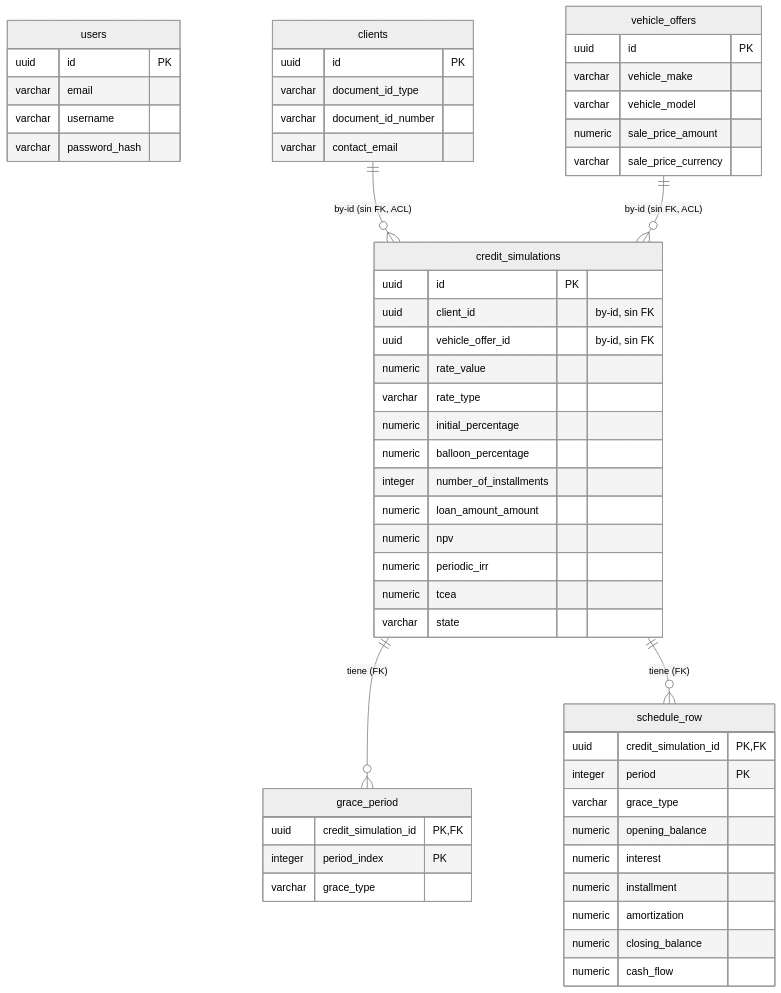
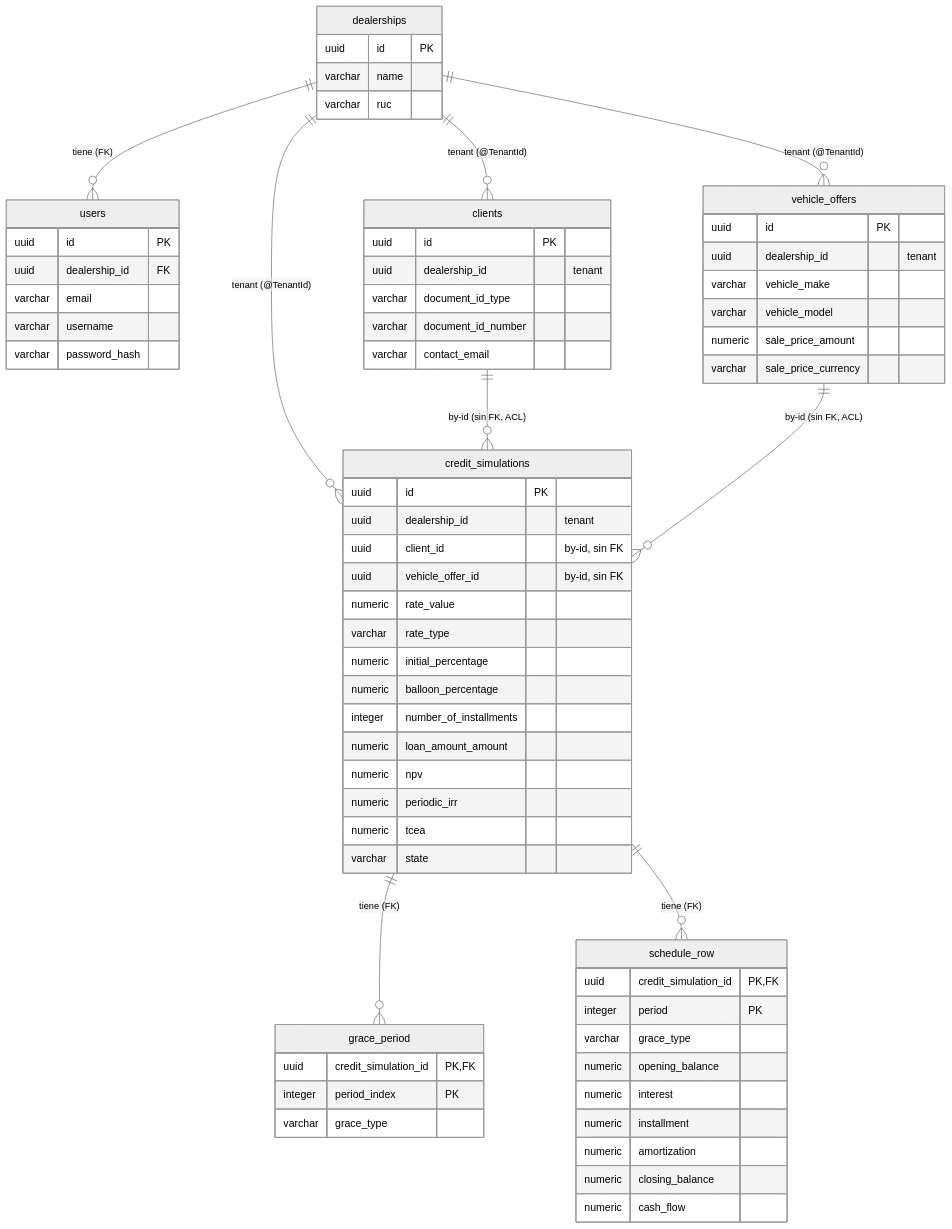
The diagram in docs/architecture/database-model.md (autofinancelabs/autofinance-api), drawn with Mermaid (neutral theme) before and after one commit. The commit also changed other lines of this file and 15 other files, not shown here.

Commit message:
docs: pivot actor to car dealership and add multi-tenant (@TenantId) design

````diff
--- a/docs/architecture/database-model.md
+++ b/docs/architecture/database-model.md
@@ -204,58 +223,71 @@
 ```mermaid
 erDiagram
+    dealerships {
+        uuid id PK
+        varchar name
+        varchar ruc
+    }
     users {
         uuid id PK
+        uuid dealership_id FK
         varchar email
         varchar username
         varchar password_hash
     }
     clients {
         uuid id PK
+        uuid dealership_id "tenant"
         varchar document_id_type
         varchar document_id_number
         varchar contact_email
     }
     vehicle_offers {
         uuid id PK
+        uuid dealership_id "tenant"
         varchar vehicle_make
         varchar vehicle_model
         numeric sale_price_amount
         varchar sale_price_currency
     }
     credit_simulations {
         uuid id PK
+        uuid dealership_id "tenant"
         uuid client_id "by-id, sin FK"
         uuid vehicle_offer_id "by-id, sin FK"
         numeric rate_value
         varchar rate_type
         numeric initial_percentage
         numeric balloon_percentage
         integer number_of_installments
         numeric loan_amount_amount
         numeric npv
         numeric periodic_irr
         numeric tcea
         varchar state
     }
     grace_period {
         uuid credit_simulation_id PK,FK
         integer period_index PK
         varchar grace_type
     }
     schedule_row {
         uuid credit_simulation_id PK,FK
         integer period PK
         varchar grace_type
         numeric opening_balance
         numeric interest
         numeric installment
         numeric amortization
         numeric closing_balance
         numeric cash_flow
     }
 
+    dealerships ||--o{ users : "tiene (FK)"
+    dealerships ||--o{ clients : "tenant (@TenantId)"
+    dealerships ||--o{ vehicle_offers : "tenant (@TenantId)"
+    dealerships ||--o{ credit_simulations : "tenant (@TenantId)"
     credit_simulations ||--o{ grace_period : "tiene (FK)"
     credit_simulations ||--o{ schedule_row : "tiene (FK)"
     clients ||--o{ credit_simulations : "by-id (sin FK, ACL)"
     vehicle_offers ||--o{ credit_simulations : "by-id (sin FK, ACL)"
 ```
````
